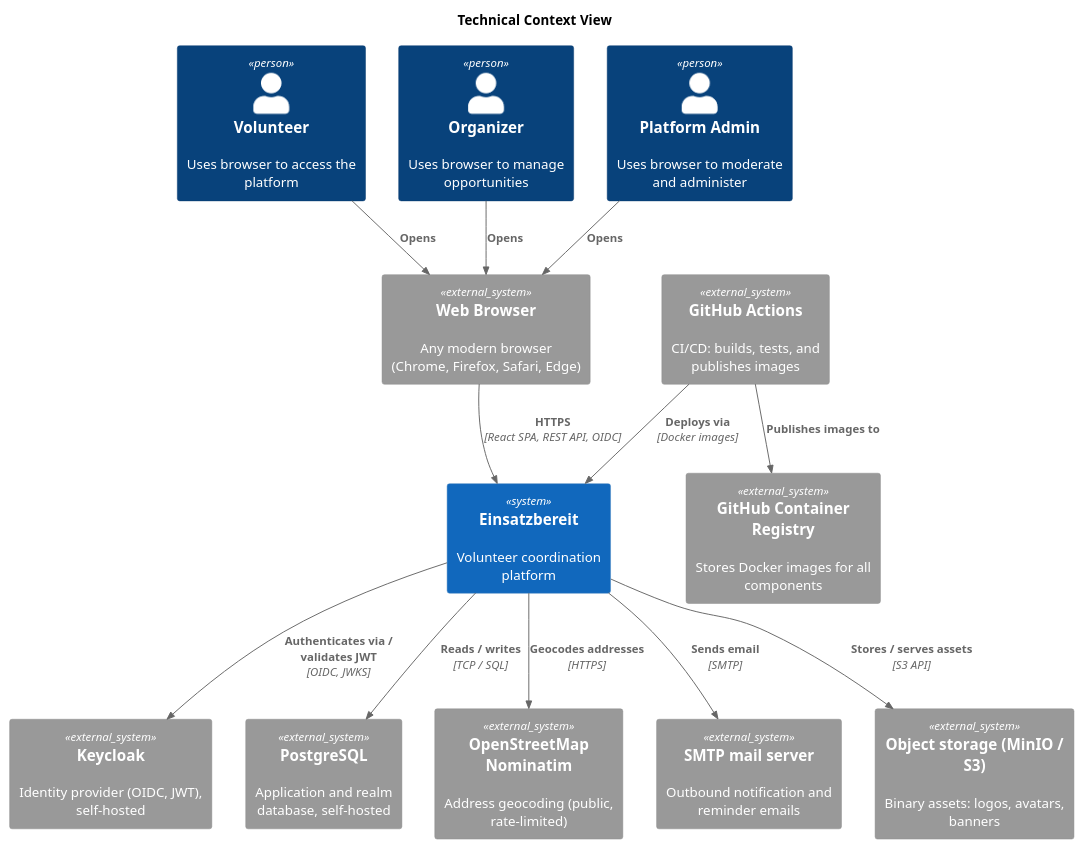
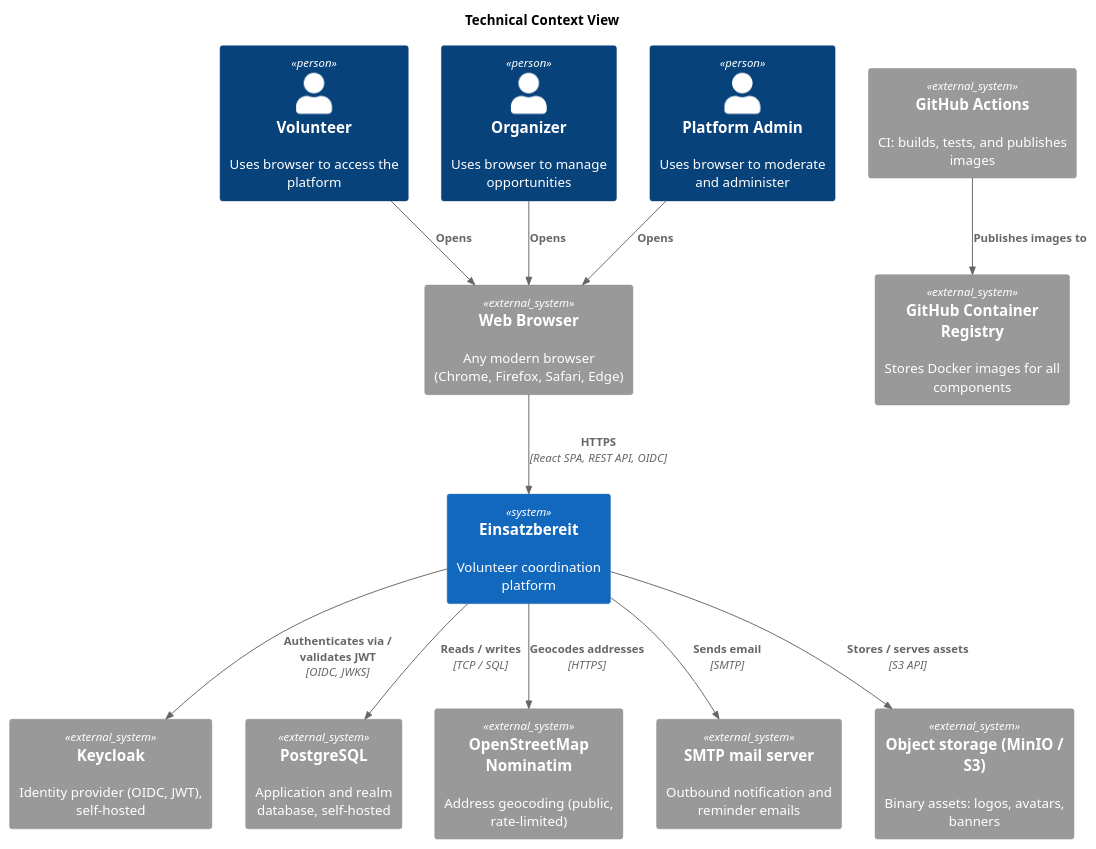
The diagram in docs/Architecture/images/technical-context.puml (maik-hasler/einsatzbereit), drawn with PlantUML before and after one commit. The commit also changed 90 other files, not shown here.

```diff
--- a/docs/Architecture/images/technical-context.puml
+++ b/docs/Architecture/images/technical-context.puml
@@ -1,34 +1,33 @@
 @startuml Technical Context
 
 !include <C4/C4_Context>
 
 title Technical Context View
 
 Person(volunteer, "Volunteer", "Uses browser to access the platform")
 Person(organizer, "Organizer", "Uses browser to manage opportunities")
 Person(admin, "Platform Admin", "Uses browser to moderate and administer")
 
 System(einsatzbereit, "Einsatzbereit", "Volunteer coordination platform")
 
 System_Ext(browser, "Web Browser", "Any modern browser (Chrome, Firefox, Safari, Edge)")
 System_Ext(ghcr, "GitHub Container Registry", "Stores Docker images for all components")
-System_Ext(github_actions, "GitHub Actions", "CI/CD: builds, tests, and publishes images")
+System_Ext(github_actions, "GitHub Actions", "CI: builds, tests, and publishes images")
 System_Ext(keycloak, "Keycloak", "Identity provider (OIDC, JWT), self-hosted")
 System_Ext(postgres, "PostgreSQL", "Application and realm database, self-hosted")
 System_Ext(nominatim, "OpenStreetMap Nominatim", "Address geocoding (public, rate-limited)")
 System_Ext(smtp, "SMTP mail server", "Outbound notification and reminder emails")
 System_Ext(objectstore, "Object storage (MinIO / S3)", "Binary assets: logos, avatars, banners")
 
 Rel(volunteer, browser, "Opens")
 Rel(organizer, browser, "Opens")
 Rel(admin, browser, "Opens")
 Rel(browser, einsatzbereit, "HTTPS", "React SPA, REST API, OIDC")
-Rel(github_actions, einsatzbereit, "Deploys via", "Docker images")
 Rel(github_actions, ghcr, "Publishes images to")
 Rel(einsatzbereit, keycloak, "Authenticates via / validates JWT", "OIDC, JWKS")
 Rel(einsatzbereit, postgres, "Reads / writes", "TCP / SQL")
 Rel(einsatzbereit, nominatim, "Geocodes addresses", "HTTPS")
 Rel(einsatzbereit, smtp, "Sends email", "SMTP")
 Rel(einsatzbereit, objectstore, "Stores / serves assets", "S3 API")
 
 @enduml
```
